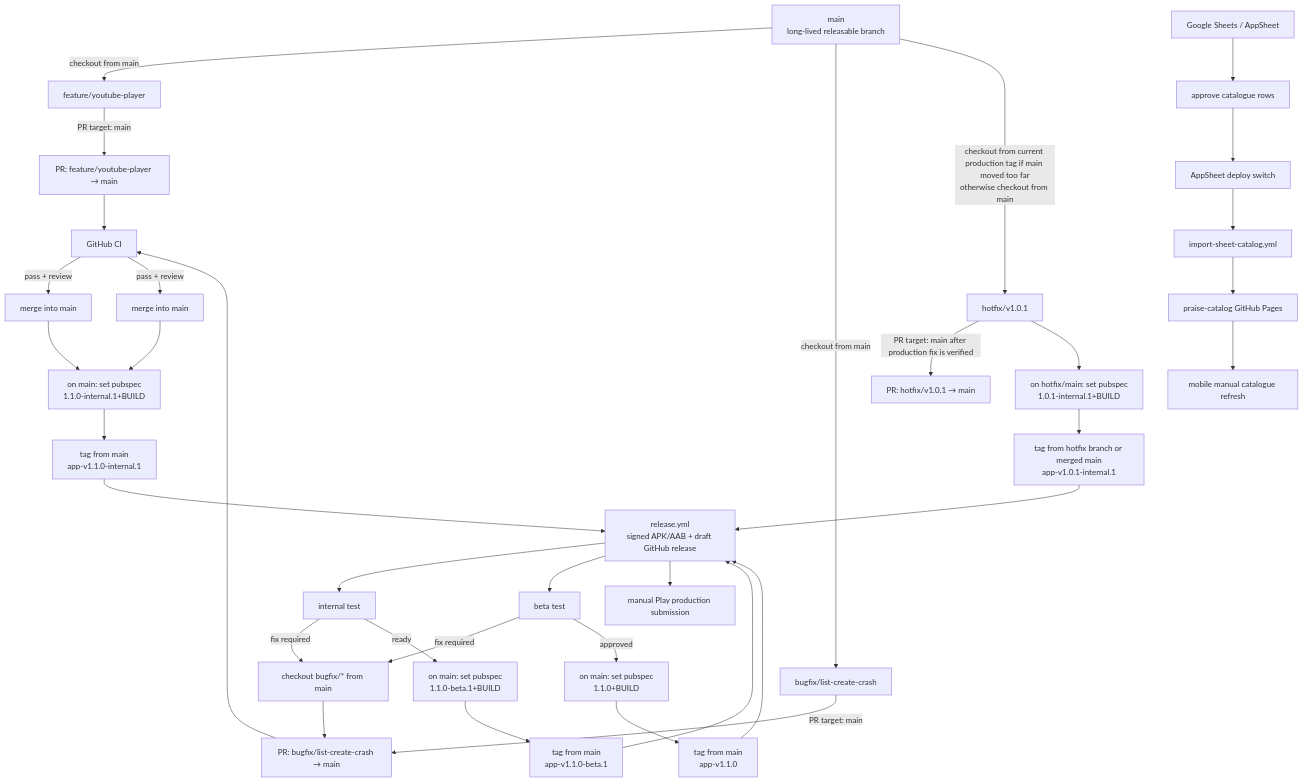
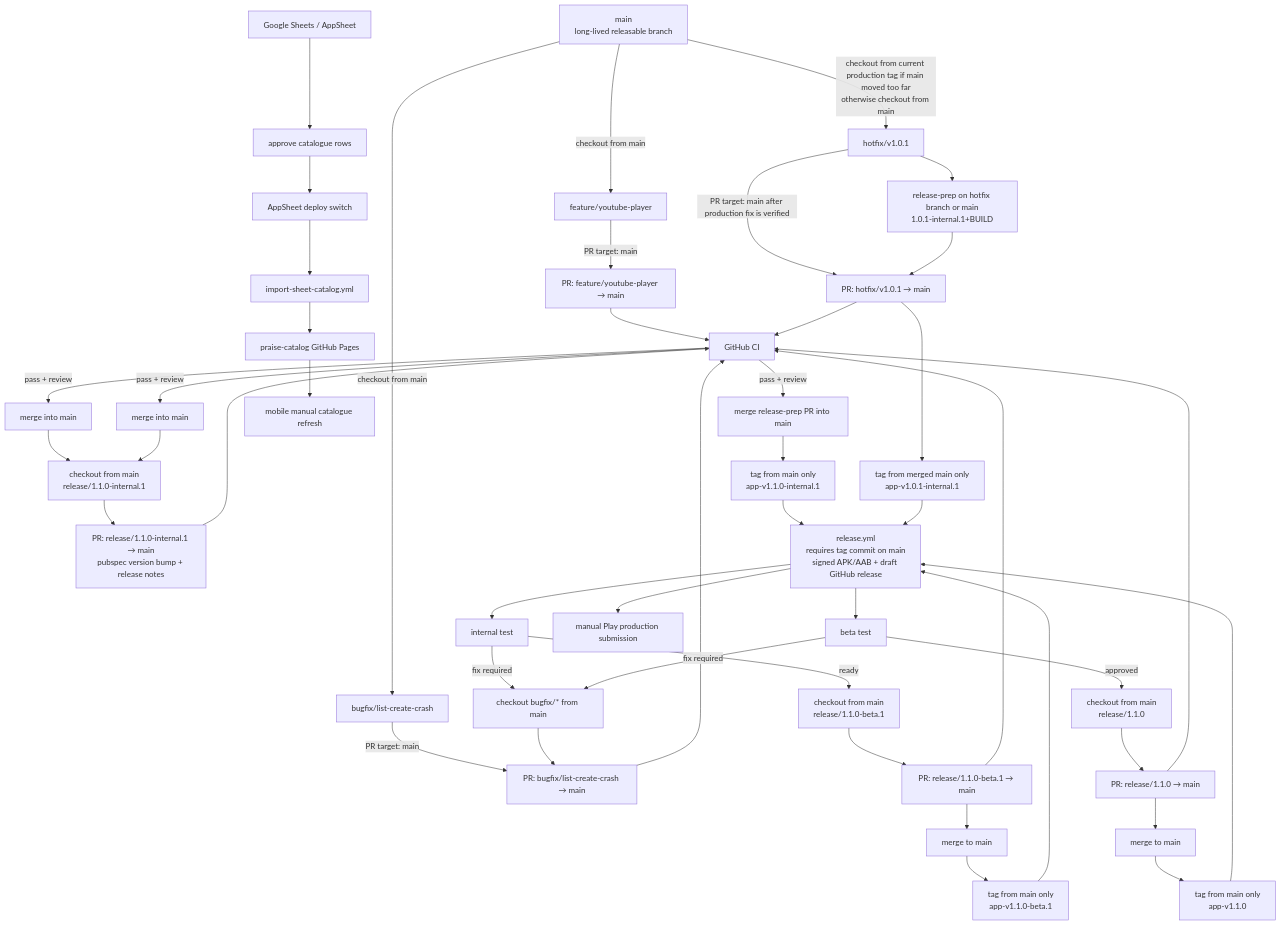
Before and after one commit to nani-samireddy/praise: the diagram in docs/RELEASE_PROCESS.md, drawn with Mermaid. The commit also changed other lines of this file and 1 other file, not shown here.

Commit message:
feat: enhance release workflow with tag verification and fetch depth configuration

````diff
--- a/docs/RELEASE_PROCESS.md
+++ b/docs/RELEASE_PROCESS.md
@@ -113,46 +117,58 @@
 ```mermaid
 flowchart TD
     Main["main<br/>long-lived releasable branch"]
 
     Main -->|checkout from main| Feature["feature/youtube-player"]
     Feature -->|PR target: main| FeaturePR["PR: feature/youtube-player → main"]
     FeaturePR --> CI["GitHub CI"]
     CI -->|pass + review| MergeFeature["merge into main"]
 
     Main -->|checkout from main| Bugfix["bugfix/list-create-crash"]
     Bugfix -->|PR target: main| BugfixPR["PR: bugfix/list-create-crash → main"]
     BugfixPR --> CI
     CI -->|pass + review| MergeBugfix["merge into main"]
 
     Main -->|checkout from current production tag if main moved too far<br/>otherwise checkout from main| Hotfix["hotfix/v1.0.1"]
     Hotfix -->|PR target: main after production fix is verified| HotfixPR["PR: hotfix/v1.0.1 → main"]
 
-    MergeFeature --> InternalCommit["on main: set pubspec<br/>1.1.0-internal.1+BUILD"]
-    MergeBugfix --> InternalCommit
-    Hotfix --> HotfixInternal["on hotfix/main: set pubspec<br/>1.0.1-internal.1+BUILD"]
+    MergeFeature --> ReleaseBranch["checkout from main<br/>release/1.1.0-internal.1"]
+    MergeBugfix --> ReleaseBranch
+    ReleaseBranch --> ReleasePrepPR["PR: release/1.1.0-internal.1 → main<br/>pubspec version bump + release notes"]
+    ReleasePrepPR --> CI
+    CI -->|pass + review| ReleasePrepMerge["merge release-prep PR into main"]
 
-    InternalCommit --> InternalTag["tag from main<br/>app-v1.1.0-internal.1"]
-    HotfixInternal --> HotfixTag["tag from hotfix branch or merged main<br/>app-v1.0.1-internal.1"]
-    InternalTag --> ReleaseWorkflow["release.yml<br/>signed APK/AAB + draft GitHub release"]
+    Hotfix --> HotfixInternal["release-prep on hotfix branch or main<br/>1.0.1-internal.1+BUILD"]
+    HotfixInternal --> HotfixPR["PR: hotfix/v1.0.1 → main"]
+    HotfixPR --> CI
+
+    ReleasePrepMerge --> InternalTag["tag from main only<br/>app-v1.1.0-internal.1"]
+    HotfixPR --> HotfixTag["tag from merged main only<br/>app-v1.0.1-internal.1"]
+    InternalTag --> ReleaseWorkflow["release.yml<br/>requires tag commit on main<br/>signed APK/AAB + draft GitHub release"]
     HotfixTag --> ReleaseWorkflow
 
     ReleaseWorkflow --> InternalTest["internal test"]
     InternalTest -->|fix required| FixBranch["checkout bugfix/* from main"]
     FixBranch --> BugfixPR
-    InternalTest -->|ready| BetaCommit["on main: set pubspec<br/>1.1.0-beta.1+BUILD"]
-    BetaCommit --> BetaTag["tag from main<br/>app-v1.1.0-beta.1"]
+    InternalTest -->|ready| BetaBranch["checkout from main<br/>release/1.1.0-beta.1"]
+    BetaBranch --> BetaPR["PR: release/1.1.0-beta.1 → main"]
+    BetaPR --> CI
+    BetaPR --> BetaMerge["merge to main"]
+    BetaMerge --> BetaTag["tag from main only<br/>app-v1.1.0-beta.1"]
     BetaTag --> ReleaseWorkflow
 
     ReleaseWorkflow --> BetaTest["beta test"]
     BetaTest -->|fix required| FixBranch
-    BetaTest -->|approved| StableCommit["on main: set pubspec<br/>1.1.0+BUILD"]
-    StableCommit --> StableTag["tag from main<br/>app-v1.1.0"]
+    BetaTest -->|approved| StableBranch["checkout from main<br/>release/1.1.0"]
+    StableBranch --> StablePR["PR: release/1.1.0 → main"]
+    StablePR --> CI
+    StablePR --> StableMerge["merge to main"]
+    StableMerge --> StableTag["tag from main only<br/>app-v1.1.0"]
     StableTag --> ReleaseWorkflow
     ReleaseWorkflow --> PlayProduction["manual Play production submission"]
 
     Sheet["Google Sheets / AppSheet"] --> Approve["approve catalogue rows"]
     Approve --> DeploySwitch["AppSheet deploy switch"]
     DeploySwitch --> CatalogWorkflow["import-sheet-catalog.yml"]
     CatalogWorkflow --> CatalogRepo["praise-catalog GitHub Pages"]
     CatalogRepo --> MobileRefresh["mobile manual catalogue refresh"]
 ```
````
